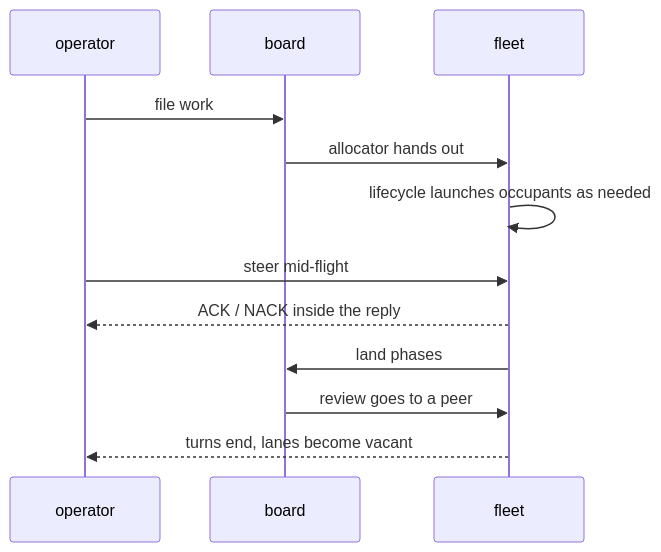
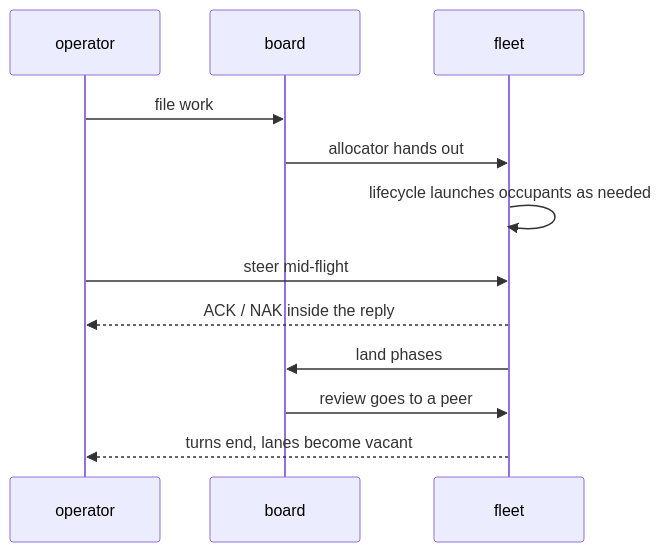
The third of 6 diagrams in docs/product/model/failures.md (infimalabs/spice-rust), drawn with Mermaid before and after one commit. The commit also changed other lines of this file and 43 other files, not shown here.

Commit message:
Align ACK grammar and rename NACK to NAK

````diff
--- a/docs/product/model/failures.md
+++ b/docs/product/model/failures.md
@@ -93,14 +93,14 @@
 ```mermaid
 sequenceDiagram
   participant O as operator
   participant B as board
   participant F as fleet
   O->>B: file work
   B->>F: allocator hands out
   F->>F: lifecycle launches occupants as needed
   O->>F: steer mid-flight
-  F-->>O: ACK / NACK inside the reply
+  F-->>O: ACK / NAK inside the reply
   F->>B: land phases
   B->>F: review goes to a peer
   F-->>O: turns end, lanes become vacant
 ```
````
